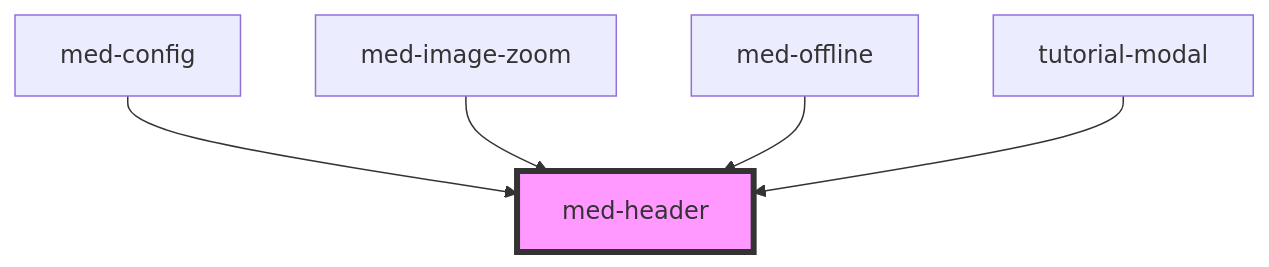
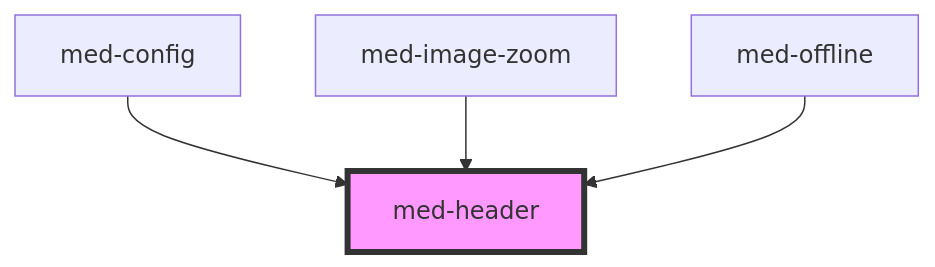
The diagram in core/src/components/@templarios/compositions/med-header/readme.md (MEDGRUPOGIT/ionic-framework-1), drawn with Mermaid before and after one commit. The commit also changed other lines of this file and 11 other files, not shown here.

````diff
--- a/core/src/components/@templarios/compositions/med-header/readme.md
+++ b/core/src/components/@templarios/compositions/med-header/readme.md
@@ -25,8 +24,7 @@
 ```mermaid
 graph TD;
   med-config --> med-header
   med-image-zoom --> med-header
   med-offline --> med-header
-  tutorial-modal --> med-header
   style med-header fill:#f9f,stroke:#333,stroke-width:4px
 ```
````
